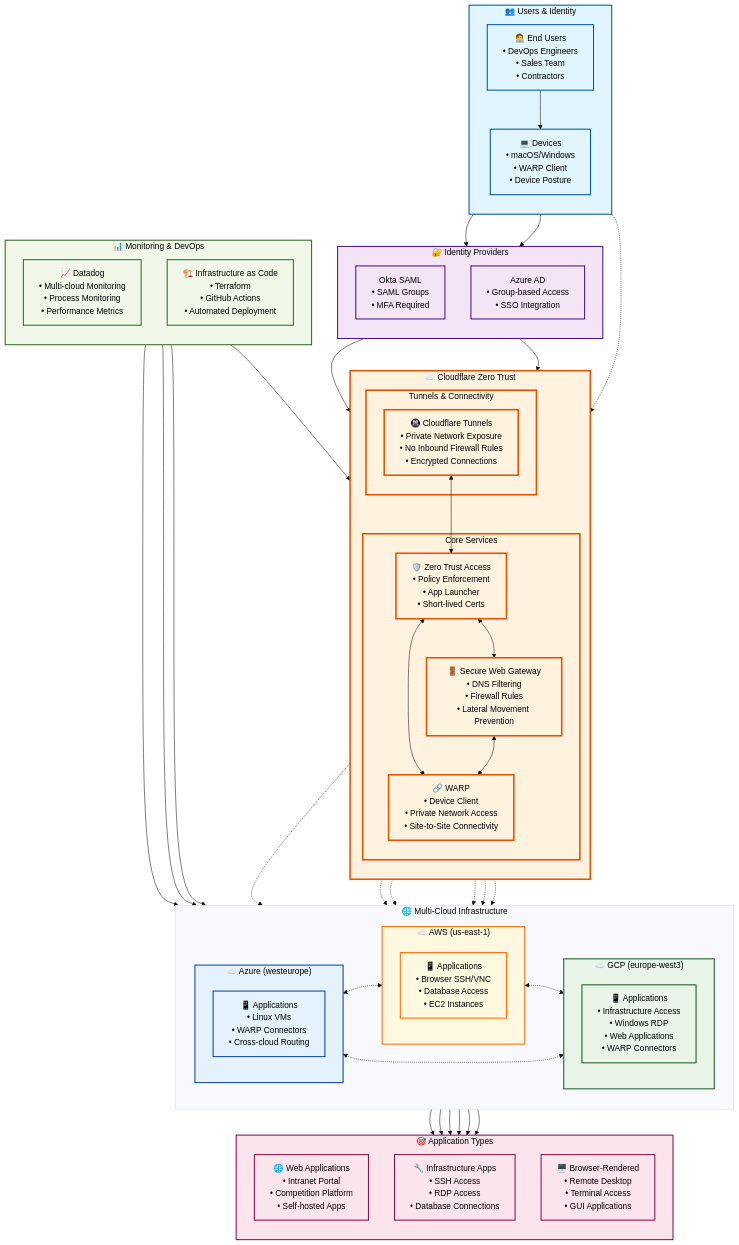
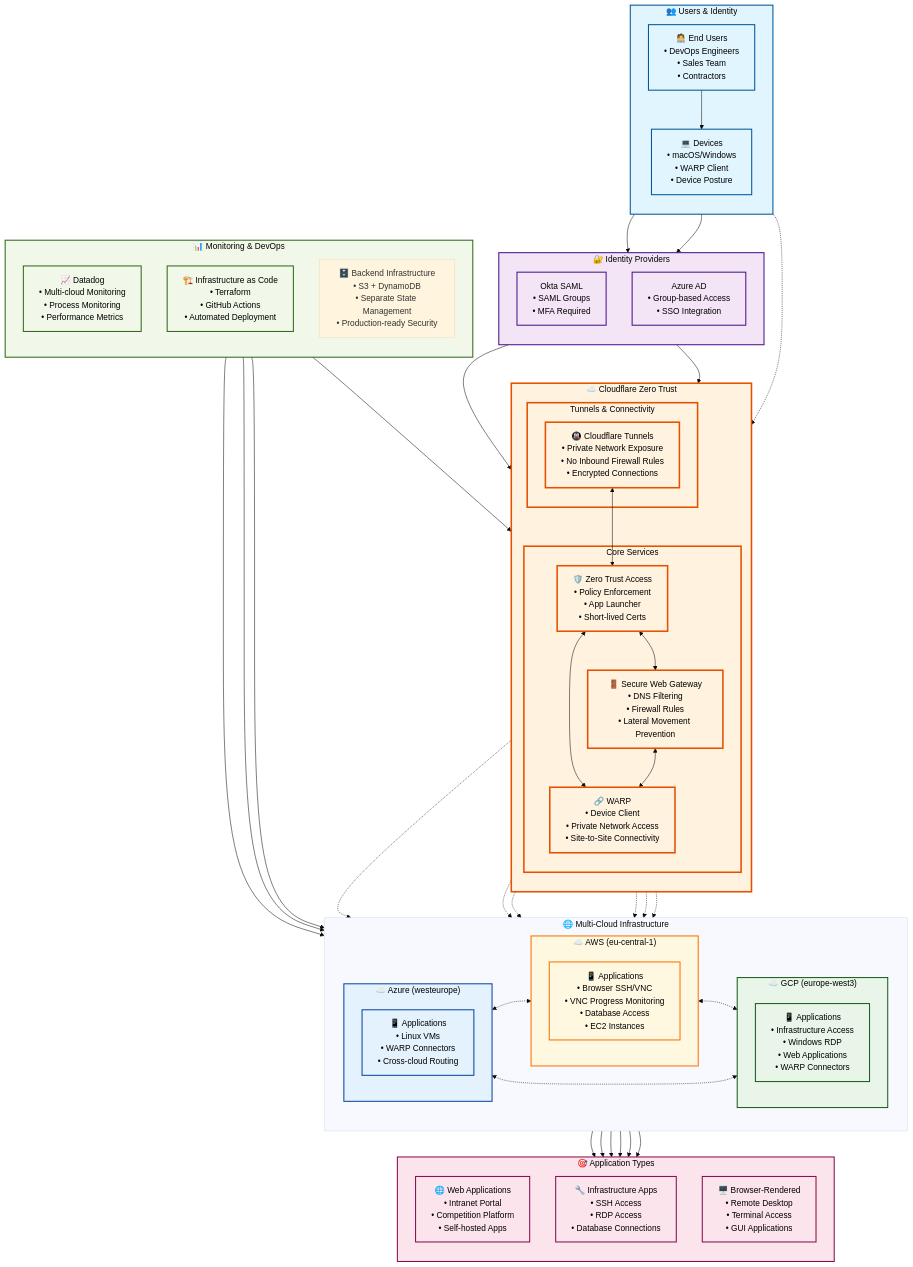
One commit to macharpe/terraform-cloudflare-zero-trust-demo changed the second of 2 diagrams in doc/high-level-architecture.md. Above: the diagram before and after it, drawn with Mermaid (base theme). The commit also changed other lines of this file and 35 other files, not shown here.

```diff
--- a/doc/high-level-architecture.md
+++ b/doc/high-level-architecture.md
@@ -65,14 +67,14 @@
     subgraph MultiCloud ["🌐 Multi-Cloud Infrastructure"]
         direction LR
         
-        subgraph AWS ["☁️ AWS (us-east-1)"]
-            AWSApps["📱 Applications<br/>• Browser SSH/VNC<br/>• Database Access<br/>• EC2 Instances"]
+        subgraph AWS ["☁️ AWS (eu-central-1)"]
+            AWSApps["📱 Applications<br/>• Browser SSH/VNC<br/>• VNC Progress Monitoring<br/>• Database Access<br/>• EC2 Instances"]
         end
-        
+
         subgraph GCP ["☁️ GCP (europe-west3)"]
             GCPApps["📱 Applications<br/>• Infrastructure Access<br/>• Windows RDP<br/>• Web Applications<br/>• WARP Connectors"]
         end
-        
+
         subgraph Azure ["☁️ Azure (westeurope)"]
             AzureApps["📱 Applications<br/>• Linux VMs<br/>• WARP Connectors<br/>• Cross-cloud Routing"]
         end
@@ -83,6 +85,7 @@
         direction TB
         Datadog["📈 Datadog<br/>• Multi-cloud Monitoring<br/>• Process Monitoring<br/>• Performance Metrics"]
         Terraform["🏗️ Infrastructure as Code<br/>• Terraform<br/>• GitHub Actions<br/>• Automated Deployment"]
+        Backend["🗄️ Backend Infrastructure<br/>• S3 + DynamoDB<br/>• Separate State Management<br/>• Production-ready Security"]
     end
 
     %% Application Categories
```
